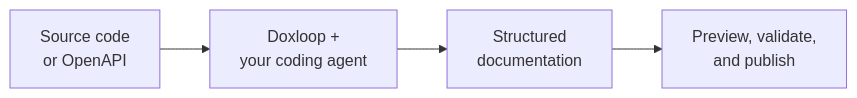
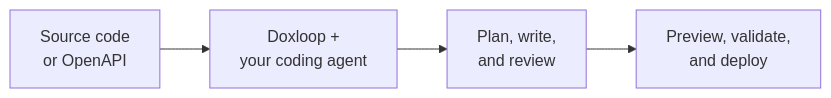
Before and after one commit to doxbrix/doxloop: the diagram in README.md, drawn with Mermaid. The commit also changed other lines of this file and 180 other files, not shown here.

````diff
--- a/README.md
+++ b/README.md
@@ -31,6 +31,6 @@
 ```mermaid
 flowchart LR
     A["Source code<br>or OpenAPI"] --> B["Doxloop +<br>your coding agent"]
-    B --> C["Structured<br>documentation"]
-    C --> D["Preview, validate,<br>and publish"]
+    B --> C["Plan, write,<br>and review"]
+    C --> D["Preview, validate,<br>and deploy"]
 ```
````
